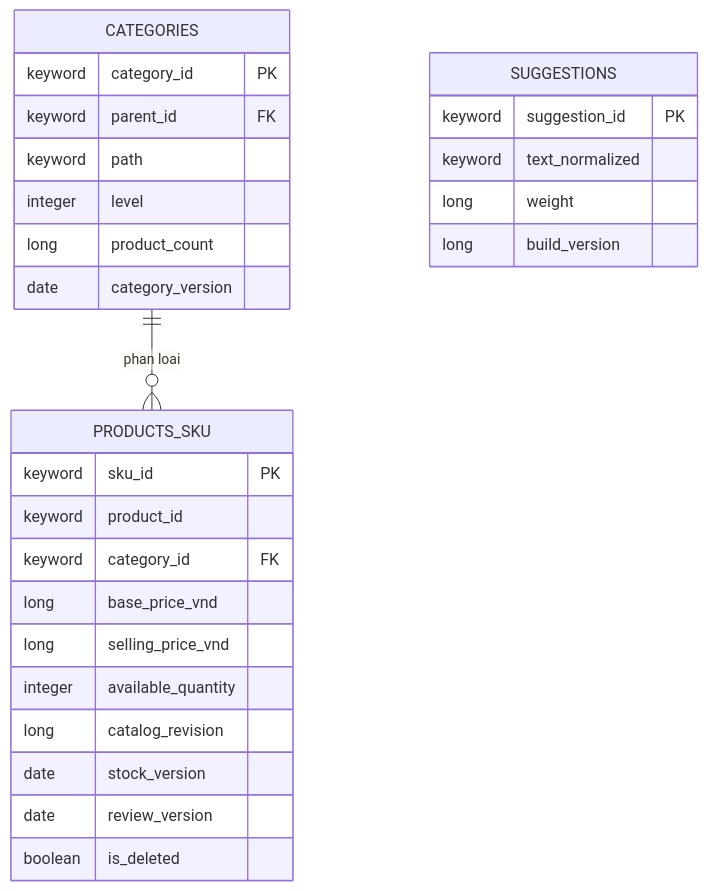
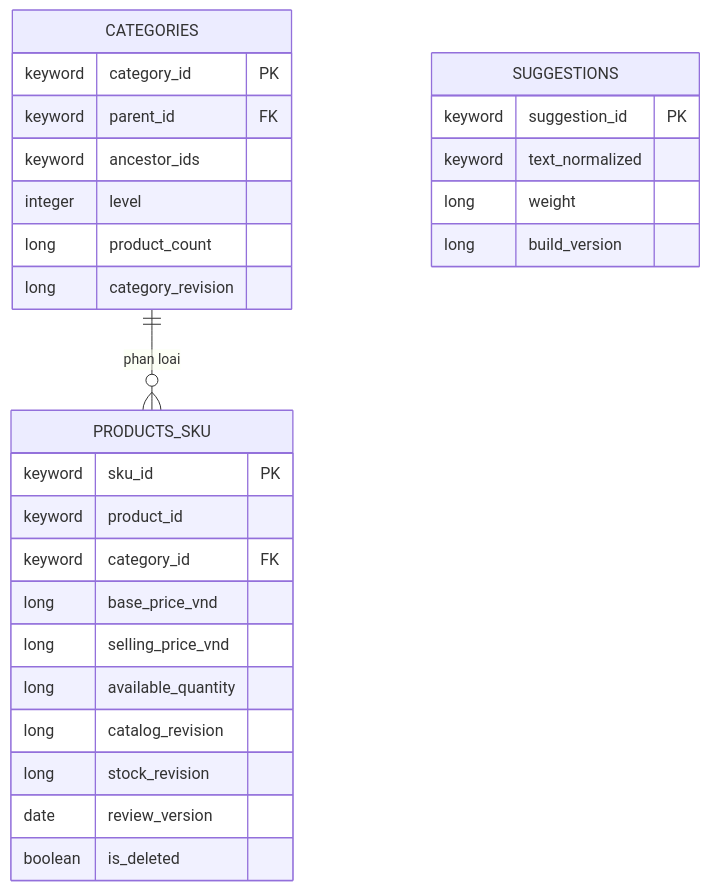
Before and after one commit to quangdung2110/e-commerce-microservices: the diagram in docs/search/data.md, drawn with Mermaid. The commit also changed other lines of this file and 17 other files, not shown here.

Commit message:
docs(search): define vnext projection schema

````diff
--- a/docs/search/data.md
+++ b/docs/search/data.md
@@ -39,30 +41,30 @@
 ```mermaid
 erDiagram
     CATEGORIES ||--o{ PRODUCTS_SKU : "phan loai"
     PRODUCTS_SKU {
         keyword sku_id PK
         keyword product_id
         keyword category_id FK
         long base_price_vnd
         long selling_price_vnd
-        integer available_quantity
+        long available_quantity
         long catalog_revision
-        date stock_version
+        long stock_revision
         date review_version
         boolean is_deleted
     }
     CATEGORIES {
         keyword category_id PK
         keyword parent_id FK
-        keyword path
+        keyword ancestor_ids
         integer level
         long product_count
-        date category_version
+        long category_revision
     }
     SUGGESTIONS {
         keyword suggestion_id PK
         keyword text_normalized
         long weight
         long build_version
     }
 ```
````
